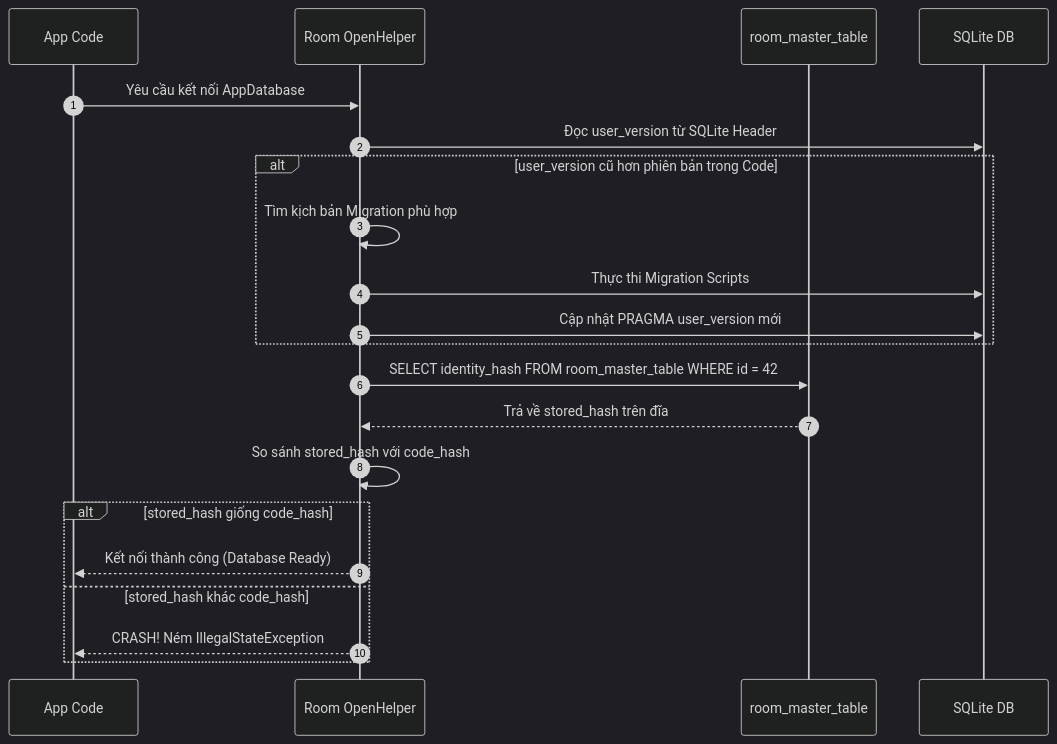
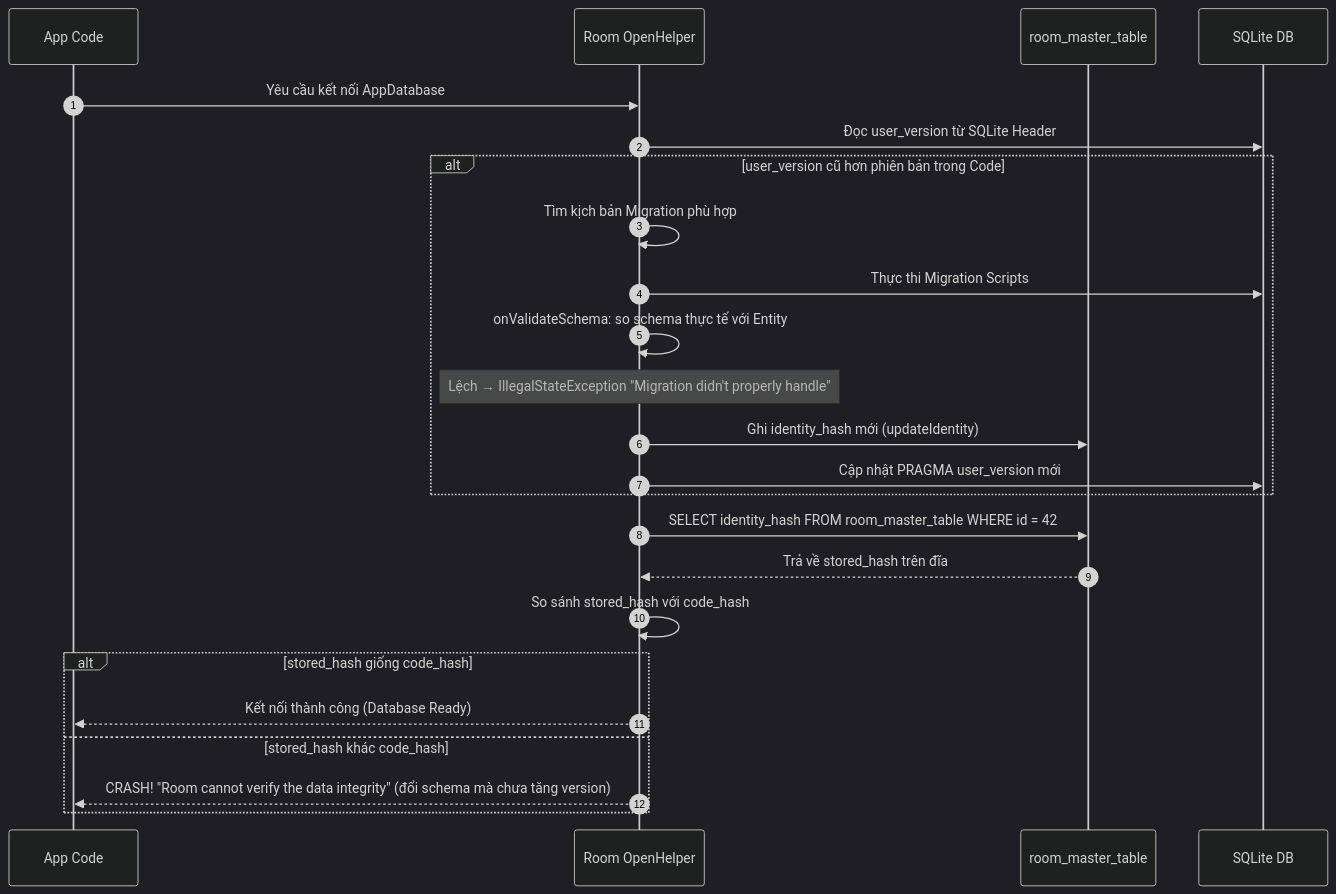
One commit to h1eu/knowledge changed the first of 6 diagrams in knowledge/android/docs/session_05/data_store/room_advanced.md. Above: the diagram before and after it, drawn with Mermaid (dark theme). The commit also changed other lines of this file and 76 other files, not shown here.

First line of the commit message:
docs(android): add Compose Overview, fix S01–S05 facts and diagrams

````diff
--- a/knowledge/android/docs/session_05/data_store/room_advanced.md
+++ b/knowledge/android/docs/session_05/data_store/room_advanced.md
@@ -50,24 +63,27 @@
 ```mermaid
 sequenceDiagram
     autonumber
     participant App as App Code
     participant Room as Room OpenHelper
     participant Master as room_master_table
     participant SQLite as SQLite DB
 
     App->>Room: Yêu cầu kết nối AppDatabase
     Room->>SQLite: Đọc user_version từ SQLite Header
     alt user_version cũ hơn phiên bản trong Code
         Room->>Room: Tìm kịch bản Migration phù hợp
         Room->>SQLite: Thực thi Migration Scripts
+        Room->>Room: onValidateSchema: so schema thực tế với Entity
+        Note over Room: Lệch → IllegalStateException "Migration didn't properly handle"
+        Room->>Master: Ghi identity_hash mới (updateIdentity)
         Room->>SQLite: Cập nhật PRAGMA user_version mới
     end
     Room->>Master: SELECT identity_hash FROM room_master_table WHERE id = 42
     Master-->>Room: Trả về stored_hash trên đĩa
     Room->>Room: So sánh stored_hash với code_hash
     alt stored_hash giống code_hash
         Room-->>App: Kết nối thành công (Database Ready)
     else stored_hash khác code_hash
-        Room-->>App: CRASH! Ném IllegalStateException
+        Room-->>App: CRASH! "Room cannot verify the data integrity" (đổi schema mà chưa tăng version)
     end
 ```
````
